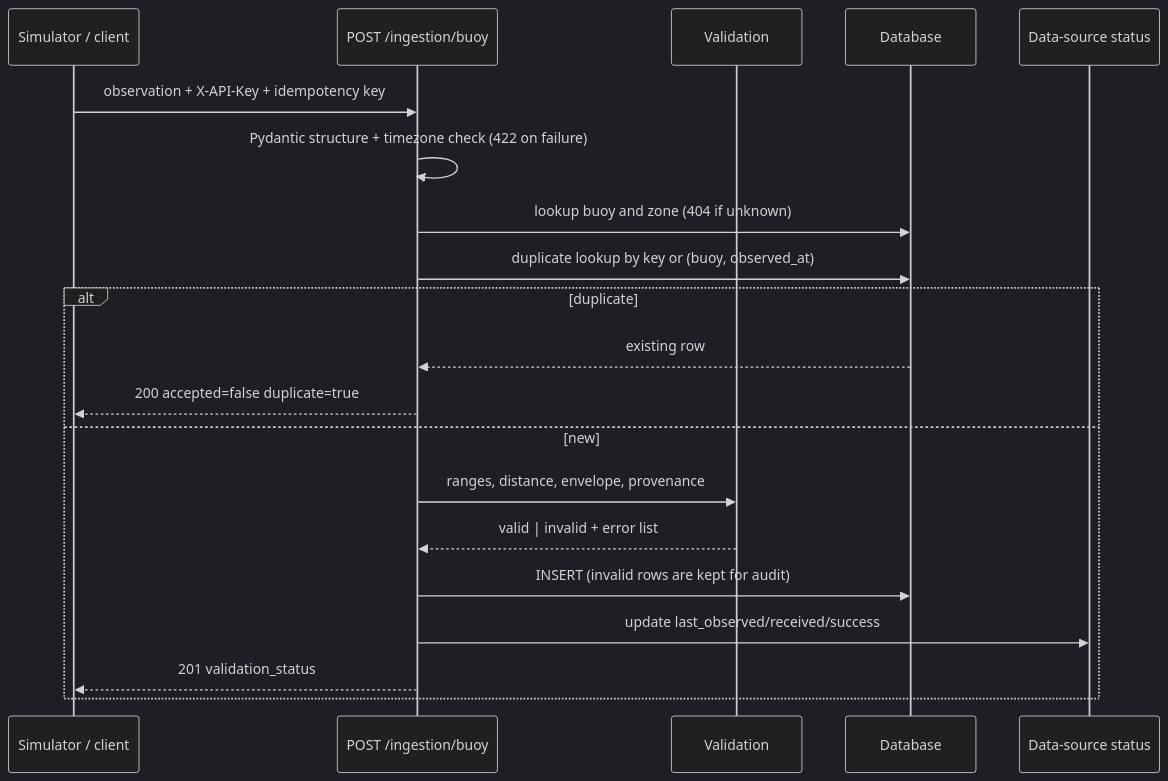
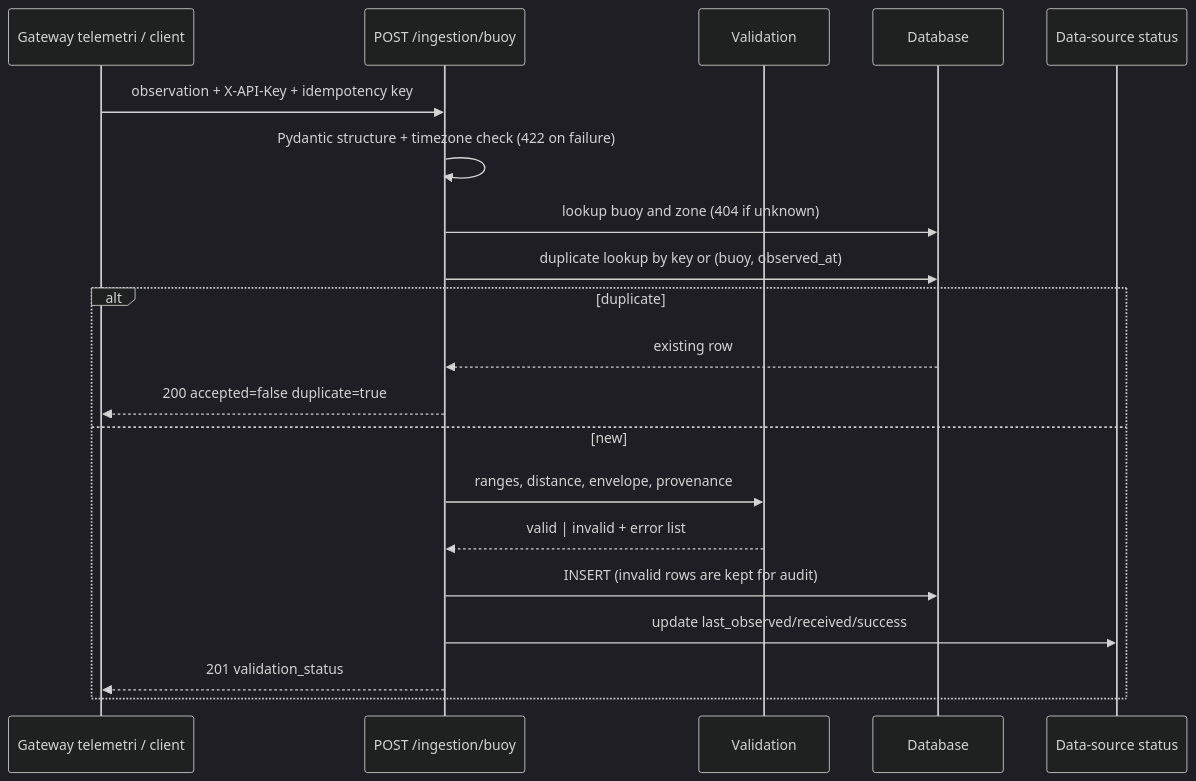
One commit to ahdikhfDev/PantauPesisir changed the second of 5 diagrams in docs/ARCHITECTURE.md. Above: the diagram before and after it, drawn with Mermaid (dark theme). The commit also changed other lines of this file and 46 other files, not shown here.

````diff
--- a/docs/ARCHITECTURE.md
+++ b/docs/ARCHITECTURE.md
@@ -66,23 +66,23 @@
 ```mermaid
 sequenceDiagram
-  participant S as Simulator / client
+  participant S as Gateway telemetri / client
   participant A as POST /ingestion/buoy
   participant V as Validation
   participant D as Database
   participant H as Data-source status
 
   S->>A: observation + X-API-Key + idempotency key
   A->>A: Pydantic structure + timezone check (422 on failure)
   A->>D: lookup buoy and zone (404 if unknown)
   A->>D: duplicate lookup by key or (buoy, observed_at)
   alt duplicate
     D-->>A: existing row
     A-->>S: 200 accepted=false duplicate=true
   else new
     A->>V: ranges, distance, envelope, provenance
     V-->>A: valid | invalid + error list
     A->>D: INSERT (invalid rows are kept for audit)
     A->>H: update last_observed/received/success
     A-->>S: 201 validation_status
   end
 ```
````
